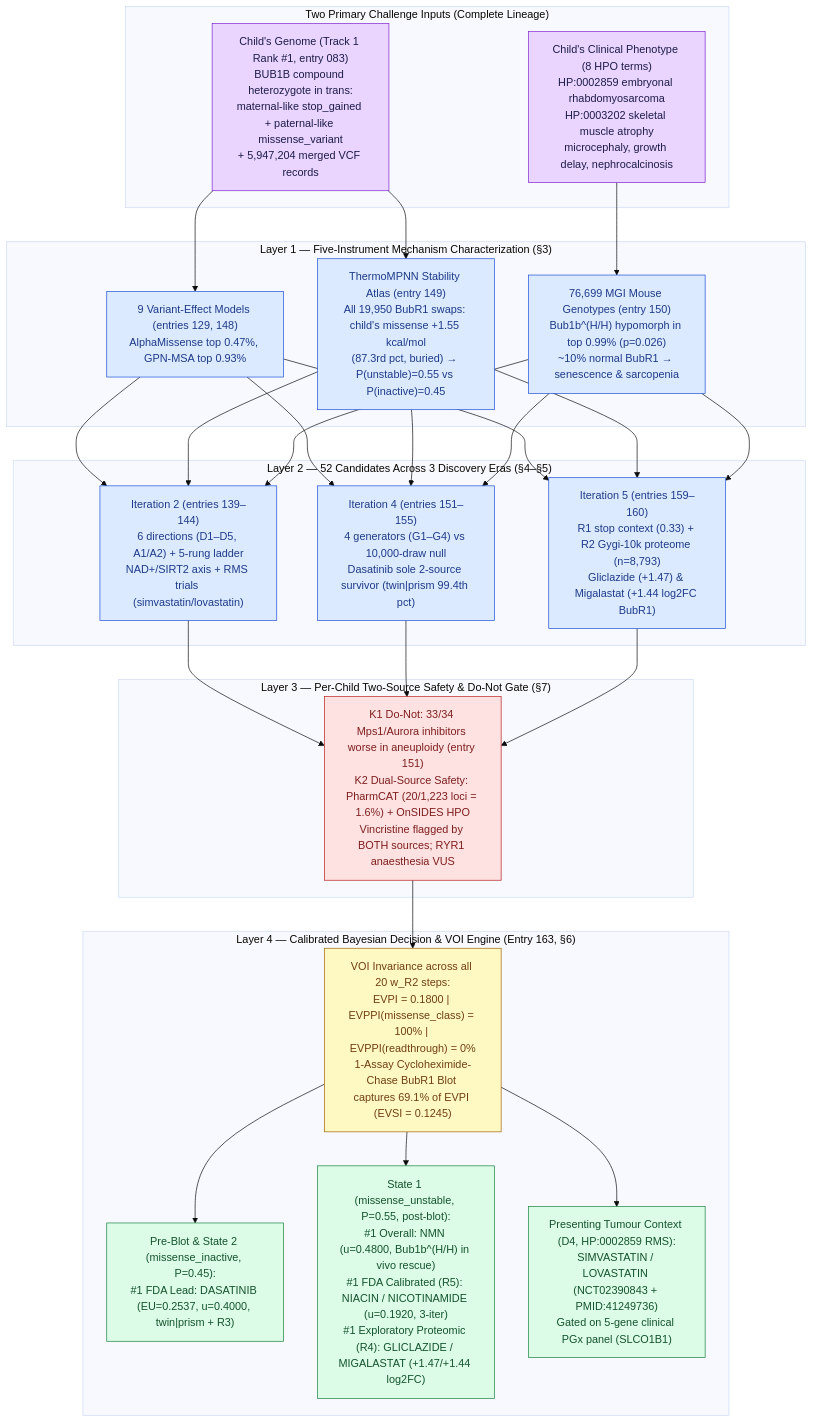
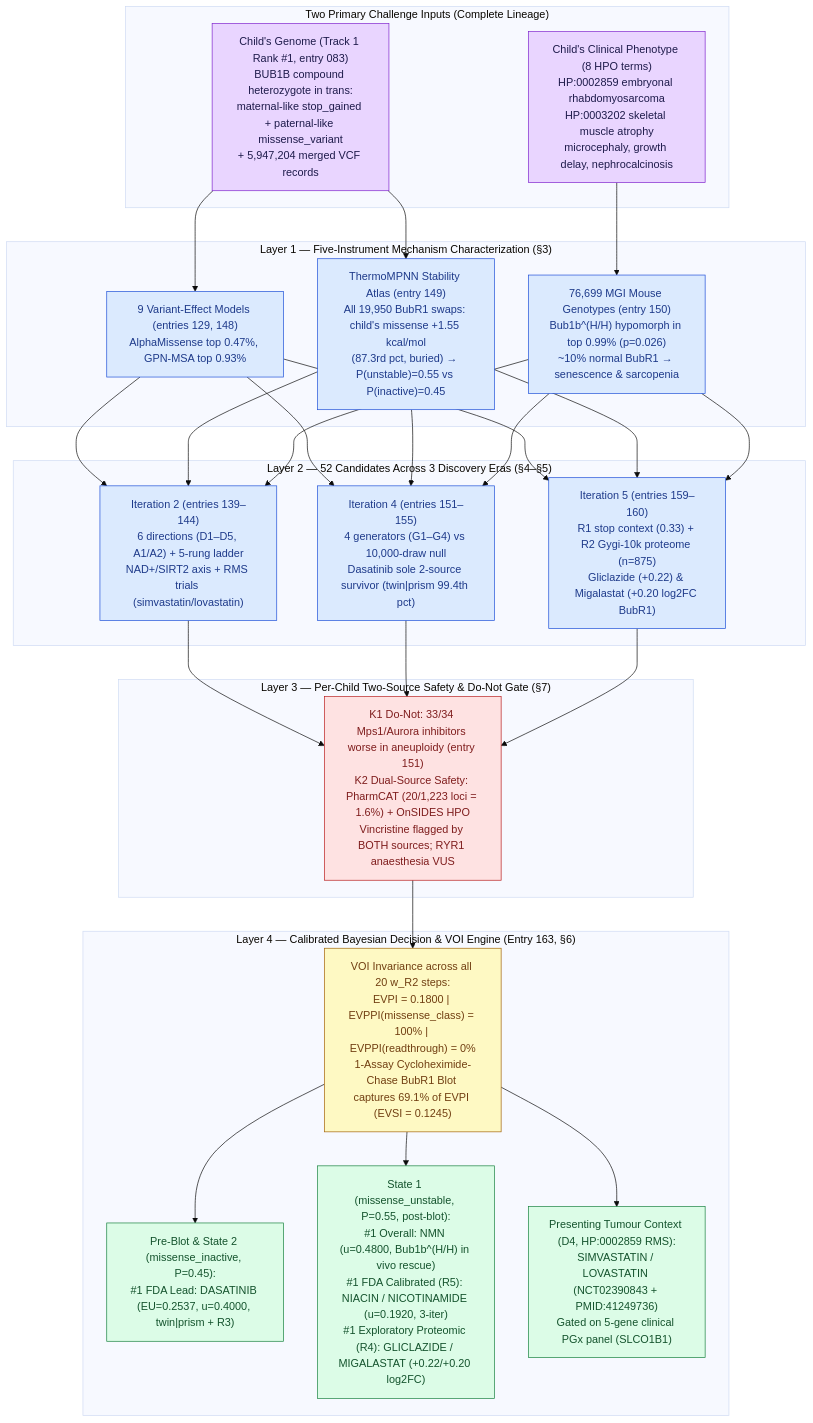
One commit to agharsallah/mva-hackathon changed the diagram in submissions/track2/iteration-6/report.md. Above: the diagram before and after it, drawn with Mermaid (base theme). The commit also changed other lines of this file and 13 other files, not shown here.

````diff
--- a/submissions/track2/iteration-6/report.md
+++ b/submissions/track2/iteration-6/report.md
@@ -59,43 +65,43 @@
 ```mermaid
 flowchart TB
   subgraph INPUTS["Two Primary Challenge Inputs (Complete Lineage)"]
     G["Child's Genome (Track 1 Rank #1, entry 083)<br/>BUB1B compound heterozygote in trans:<br/>maternal-like stop_gained + paternal-like missense_variant<br/>+ 5,947,204 merged VCF records"]:::raw
     C["Child's Clinical Phenotype (8 HPO terms)<br/>HP:0002859 embryonal rhabdomyosarcoma<br/>HP:0003202 skeletal muscle atrophy<br/>microcephaly, growth delay, nephrocalcinosis"]:::raw
   end
 
   subgraph MECH["Layer 1 — Five-Instrument Mechanism Characterization (§3)"]
     M1["9 Variant-Effect Models (entries 129, 148)<br/>AlphaMissense top 0.47%, GPN-MSA top 0.93%"]:::machine
     M2["ThermoMPNN Stability Atlas (entry 149)<br/>All 19,950 BubR1 swaps: child's missense +1.55 kcal/mol<br/>(87.3rd pct, buried) → P(unstable)=0.55 vs P(inactive)=0.45"]:::machine
     M3["76,699 MGI Mouse Genotypes (entry 150)<br/>Bub1b^(H/H) hypomorph in top 0.99% (p=0.026)<br/>~10% normal BubR1 → senescence & sarcopenia"]:::machine
   end
 
   subgraph DISC["Layer 2 — 52 Candidates Across 3 Discovery Eras (§4–§5)"]
     E1["Iteration 2 (entries 139–144)<br/>6 directions (D1–D5, A1/A2) + 5-rung ladder<br/>NAD+/SIRT2 axis + RMS trials (simvastatin/lovastatin)"]:::machine
     E2["Iteration 4 (entries 151–155)<br/>4 generators (G1–G4) vs 10,000-draw null<br/>Dasatinib sole 2-source survivor (twin|prism 99.4th pct)"]:::machine
-    E3["Iteration 5 (entries 159–160)<br/>R1 stop context (0.33) + R2 Gygi-10k proteome (n=8,793)<br/>Gliclazide (+1.47) & Migalastat (+1.44 log2FC BubR1)"]:::machine
+    E3["Iteration 5 (entries 159–160)<br/>R1 stop context (0.33) + R2 Gygi-10k proteome (n=875)<br/>Gliclazide (+0.22) & Migalastat (+0.20 log2FC BubR1)"]:::machine
   end
 
   subgraph SAFE["Layer 3 — Per-Child Two-Source Safety & Do-Not Gate (§7)"]
     S1["K1 Do-Not: 33/34 Mps1/Aurora inhibitors worse in aneuploidy (entry 151)<br/>K2 Dual-Source Safety: PharmCAT (20/1,223 loci = 1.6%) + OnSIDES HPO<br/>Vincristine flagged by BOTH sources; RYR1 anaesthesia VUS"]:::bad
   end
 
   subgraph DEC["Layer 4 — Calibrated Bayesian Decision & VOI Engine (Entry 163, §6)"]
     V["VOI Invariance across all 20 w_R2 steps:<br/>EVPI = 0.1800 | EVPPI(missense_class) = 100% | EVPPI(readthrough) = 0%<br/>1-Assay Cycloheximide-Chase BubR1 Blot captures 69.1% of EVPI (EVSI = 0.1245)"]:::decision
     O1["Pre-Blot & State 2 (missense_inactive, P=0.45):<br/>#1 FDA Lead: DASATINIB (EU=0.2537, u=0.4000, twin|prism + R3)"]:::good
-    O2["State 1 (missense_unstable, P=0.55, post-blot):<br/>#1 Overall: NMN (u=0.4800, Bub1b^(H/H) in vivo rescue)<br/>#1 FDA Calibrated (R5): NIACIN / NICOTINAMIDE (u=0.1920, 3-iter)<br/>#1 Exploratory Proteomic (R4): GLICLAZIDE / MIGALASTAT (+1.47/+1.44 log2FC)"]:::good
+    O2["State 1 (missense_unstable, P=0.55, post-blot):<br/>#1 Overall: NMN (u=0.4800, Bub1b^(H/H) in vivo rescue)<br/>#1 FDA Calibrated (R5): NIACIN / NICOTINAMIDE (u=0.1920, 3-iter)<br/>#1 Exploratory Proteomic (R4): GLICLAZIDE / MIGALASTAT (+0.22/+0.20 log2FC)"]:::good
     O3["Presenting Tumour Context (D4, HP:0002859 RMS):<br/>SIMVASTATIN / LOVASTATIN (NCT02390843 + PMID:41249736)<br/>Gated on 5-gene clinical PGx panel (SLCO1B1)"]:::good
   end
 
   G --> M1 & M2
   C --> M3
   M1 & M2 & M3 --> E1 & E2 & E3
   E1 & E2 & E3 --> S1
   S1 --> V
   V --> O1 & O2 & O3
 
   classDef raw fill:#e9d5ff,stroke:#7e22ce,color:#1e1b4b
   classDef machine fill:#dbeafe,stroke:#1d4ed8,color:#1e3a8a
   classDef decision fill:#fef9c3,stroke:#a16207,color:#713f12
   classDef good fill:#dcfce7,stroke:#15803d,color:#14532d
   classDef bad fill:#fee2e2,stroke:#b91c1c,color:#7f1d1d
 ```
````
